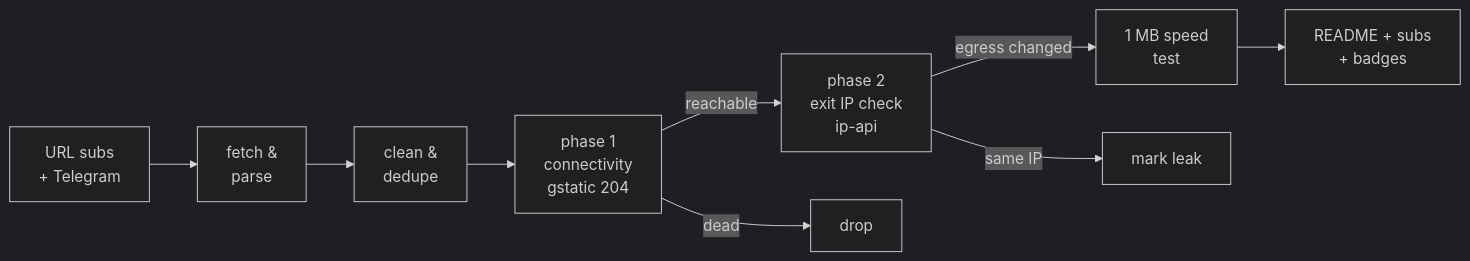
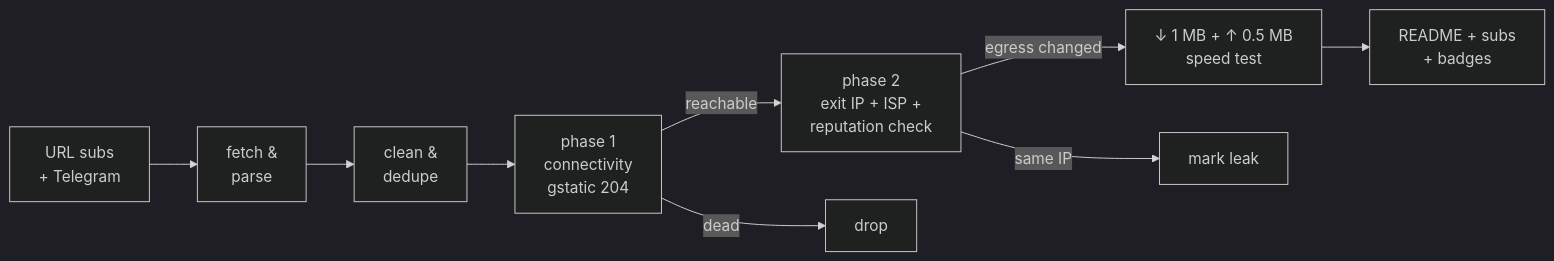
One commit to onlyactions/proxy-scanner changed the diagram in README.md. Above: the diagram before and after it, drawn with Mermaid (dark theme). The commit also changed other lines of this file and 133 other files, not shown here.

````diff
--- a/README.md
+++ b/README.md
@@ -15,11 +15,11 @@
 ```mermaid
 flowchart LR
   S1[URL subs<br/>+ Telegram] --> F[fetch &<br/>parse]
   F --> C[clean &<br/>dedupe]
   C --> T1[phase 1<br/>connectivity<br/>gstatic 204]
-  T1 -->|reachable| T2[phase 2<br/>exit IP check<br/>ip-api]
+  T1 -->|reachable| T2[phase 2<br/>exit IP + ISP +<br/>reputation check]
   T1 -->|dead| X[drop]
-  T2 -->|egress changed| T3[1 MB speed<br/>test]
+  T2 -->|egress changed| T3[↓ 1 MB + ↑ 0.5 MB<br/>speed test]
   T2 -->|same IP| X2[mark leak]
   T3 --> R[README + subs<br/>+ badges]
 ```
````
